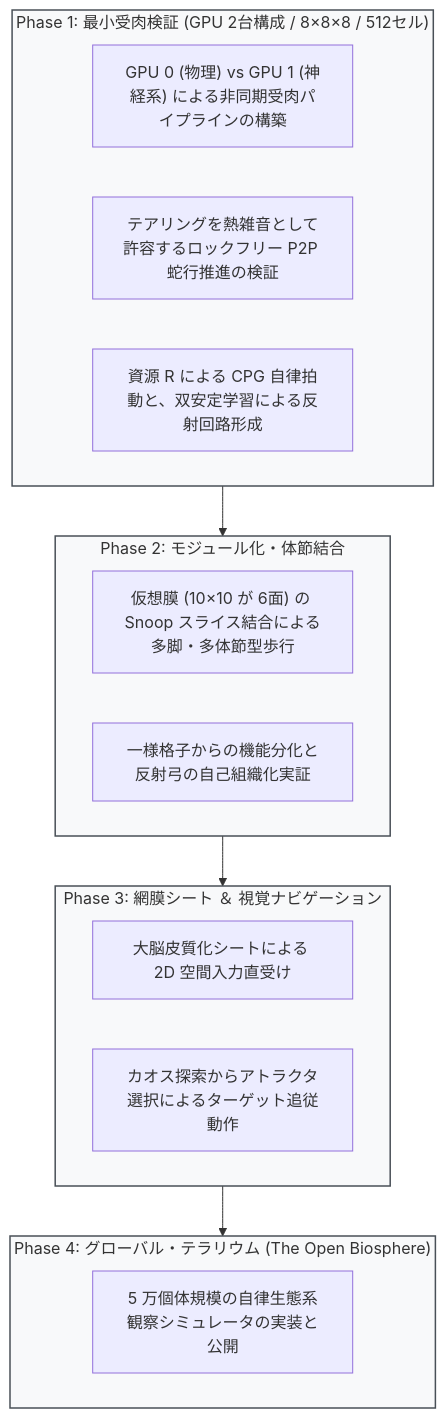
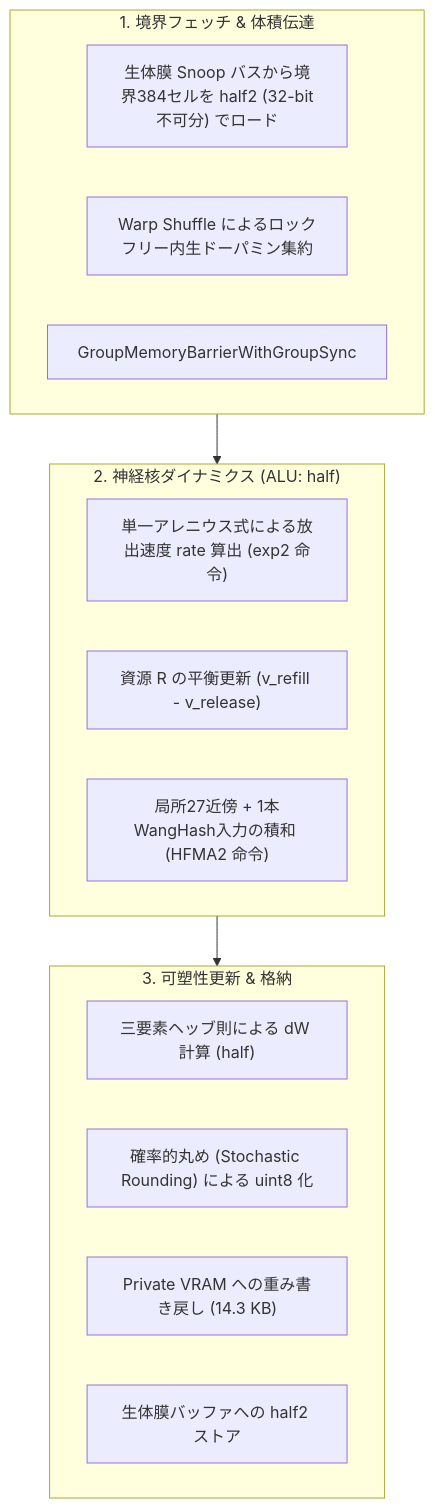
One commit to toribird-2048/VoxelBrain changed the diagram in README.md. Above: the diagram before and after it, drawn with Mermaid. The commit also changed other lines of this file, not shown here.

````diff
--- a/README.md
+++ b/README.md
@@ -168,31 +117,24 @@
 ```mermaid
 flowchart TD
-    subgraph P1["Phase 1: 最小受肉検証 (GPU 2台構成 / 8×8×8 / 512セル)"]
-        p1_1["GPU 0 (物理) vs GPU 1 (神経系) による非同期受肉パイプラインの構築"]
-        p1_2["テアリングを熱雑音として許容するロックフリー P2P 蛇行推進の検証"]
-        p1_3["資源 R による CPG 自律拍動と、双安定学習による反射回路形成"]
+    subgraph StepA ["1. 境界フェッチ & 体積伝達"]
+        A1["生体膜 Snoop バスから境界384セルを half2 (32-bit不可分) でロード"]
+        A2["Warp Shuffle によるロックフリー内生ドーパミン集約"]
+        A3["GroupMemoryBarrierWithGroupSync"]
     end
 
-    subgraph P2["Phase 2: モジュール化・体節結合"]
-        p2_1["仮想膜 (10×10 が 6面) の Snoop スライス結合による多脚・多体節型歩行"]
-        p2_2["一様格子からの機能分化と反射弓の自己組織化実証"]
+    subgraph StepB ["2. 神経核ダイナミクス (ALU: half)"]
+        B1["単一アレニウス式による放出速度 rate 算出 (exp2 命令)"]
+        B2["資源 R の平衡更新 (v_refill - v_release)"]
+        B3["局所27近傍 + 1本WangHash入力の積和 (HFMA2 命令)"]
     end
 
-    subgraph P3["Phase 3: 網膜シート ＆ 視覚ナビゲーション"]
-        p3_1["大脳皮質化シートによる 2D 空間入力直受け"]
-        p3_2["カオス探索からアトラクタ選択によるターゲット追従動作"]
+    subgraph StepC ["3. 可塑性更新 & 格納"]
+        C1["三要素ヘッブ則による dW 計算 (half)"]
+        C2["確率的丸め (Stochastic Rounding) による uint8 化"]
+        C3["Private VRAM への重み書き戻し (14.3 KB)"]
+        C4["生体膜バッファへの half2 ストア"]
     end
 
-    subgraph P4["Phase 4: グローバル・テラリウム (The Open Biosphere)"]
-        p4_1["5 万個体規模の自律生態系観察シミュレータの実装と公開"]
-    end
-
-    P1 --> P2
-    P2 --> P3
-    P3 --> P4
-
-    style P1 fill:#f8f9fa,stroke:#495057,stroke-width:1.5px
-    style P2 fill:#f8f9fa,stroke:#495057,stroke-width:1.5px
-    style P3 fill:#f8f9fa,stroke:#495057,stroke-width:1.5px
-    style P4 fill:#f8f9fa,stroke:#495057,stroke-width:1.5px
+    StepA --> StepB
+    StepB --> StepC
 ```
````
